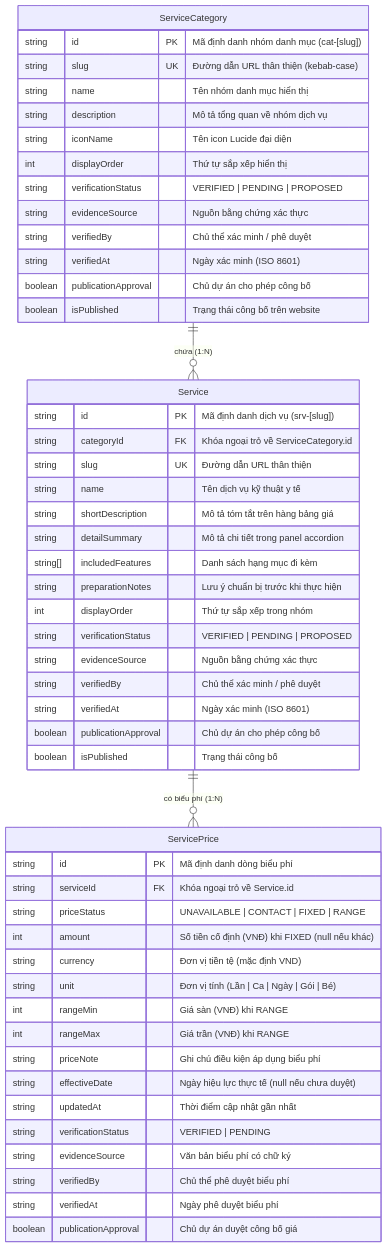
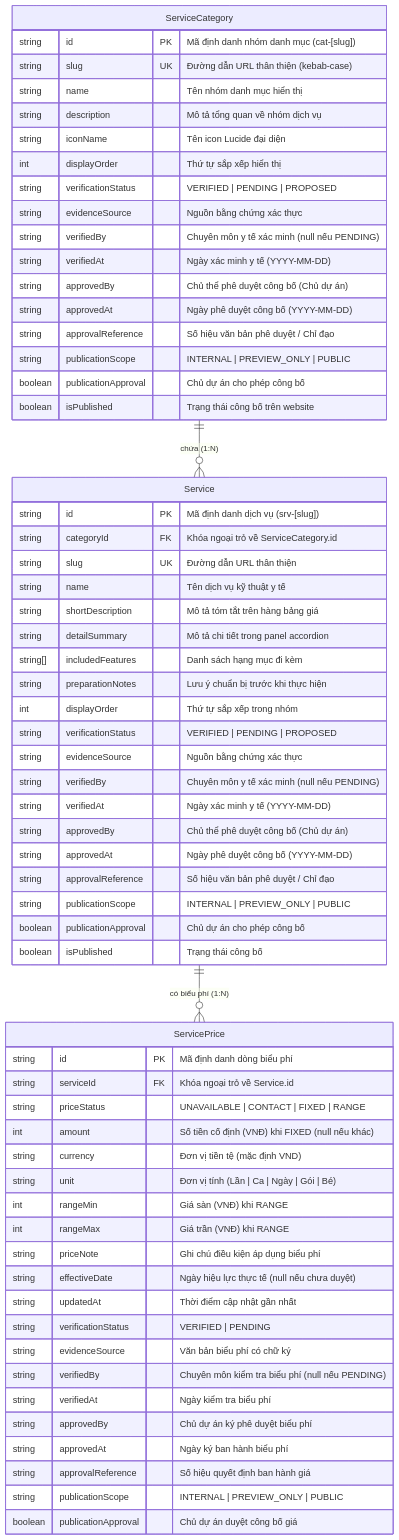
One commit to lqt140304-rgb/webchinhthuc changed the diagram in docs/phase-3b/3b-00-data-schema.md. Above: the diagram before and after it, drawn with Mermaid. The commit also changed other lines of this file and 6 other files, not shown here.

````diff
--- a/docs/phase-3b/3b-00-data-schema.md
+++ b/docs/phase-3b/3b-00-data-schema.md
@@ -18,57 +18,69 @@
 ```mermaid
 erDiagram
     ServiceCategory ||--o{ Service : "chứa (1:N)"
     Service ||--o{ ServicePrice : "có biểu phí (1:N)"
 
     ServiceCategory {
         string id PK "Mã định danh nhóm danh mục (cat-[slug])"
         string slug UK "Đường dẫn URL thân thiện (kebab-case)"
         string name "Tên nhóm danh mục hiển thị"
         string description "Mô tả tổng quan về nhóm dịch vụ"
         string iconName "Tên icon Lucide đại diện"
         int displayOrder "Thứ tự sắp xếp hiển thị"
         string verificationStatus "VERIFIED | PENDING | PROPOSED"
         string evidenceSource "Nguồn bằng chứng xác thực"
-        string verifiedBy "Chủ thể xác minh / phê duyệt"
-        string verifiedAt "Ngày xác minh (ISO 8601)"
+        string verifiedBy "Chuyên môn y tế xác minh (null nếu PENDING)"
+        string verifiedAt "Ngày xác minh y tế (YYYY-MM-DD)"
+        string approvedBy "Chủ thể phê duyệt công bố (Chủ dự án)"
+        string approvedAt "Ngày phê duyệt công bố (YYYY-MM-DD)"
+        string approvalReference "Số hiệu văn bản phê duyệt / Chỉ đạo"
+        string publicationScope "INTERNAL | PREVIEW_ONLY | PUBLIC"
         boolean publicationApproval "Chủ dự án cho phép công bố"
         boolean isPublished "Trạng thái công bố trên website"
     }
 
     Service {
         string id PK "Mã định danh dịch vụ (srv-[slug])"
         string categoryId FK "Khóa ngoại trỏ về ServiceCategory.id"
         string slug UK "Đường dẫn URL thân thiện"
         string name "Tên dịch vụ kỹ thuật y tế"
         string shortDescription "Mô tả tóm tắt trên hàng bảng giá"
         string detailSummary "Mô tả chi tiết trong panel accordion"
         string[] includedFeatures "Danh sách hạng mục đi kèm"
         string preparationNotes "Lưu ý chuẩn bị trước khi thực hiện"
         int displayOrder "Thứ tự sắp xếp trong nhóm"
         string verificationStatus "VERIFIED | PENDING | PROPOSED"
         string evidenceSource "Nguồn bằng chứng xác thực"
-        string verifiedBy "Chủ thể xác minh / phê duyệt"
-        string verifiedAt "Ngày xác minh (ISO 8601)"
+        string verifiedBy "Chuyên môn y tế xác minh (null nếu PENDING)"
+        string verifiedAt "Ngày xác minh y tế (YYYY-MM-DD)"
+        string approvedBy "Chủ thể phê duyệt công bố (Chủ dự án)"
+        string approvedAt "Ngày phê duyệt công bố (YYYY-MM-DD)"
+        string approvalReference "Số hiệu văn bản phê duyệt / Chỉ đạo"
+        string publicationScope "INTERNAL | PREVIEW_ONLY | PUBLIC"
         boolean publicationApproval "Chủ dự án cho phép công bố"
         boolean isPublished "Trạng thái công bố"
     }
 
     ServicePrice {
         string id PK "Mã định danh dòng biểu phí"
         string serviceId FK "Khóa ngoại trỏ về Service.id"
         string priceStatus "UNAVAILABLE | CONTACT | FIXED | RANGE"
         int amount "Số tiền cố định (VNĐ) khi FIXED (null nếu khác)"
         string currency "Đơn vị tiền tệ (mặc định VND)"
         string unit "Đơn vị tính (Lần | Ca | Ngày | Gói | Bé)"
         int rangeMin "Giá sàn (VNĐ) khi RANGE"
         int rangeMax "Giá trần (VNĐ) khi RANGE"
         string priceNote "Ghi chú điều kiện áp dụng biểu phí"
         string effectiveDate "Ngày hiệu lực thực tế (null nếu chưa duyệt)"
         string updatedAt "Thời điểm cập nhật gần nhất"
         string verificationStatus "VERIFIED | PENDING"
         string evidenceSource "Văn bản biểu phí có chữ ký"
-        string verifiedBy "Chủ thể phê duyệt biểu phí"
-        string verifiedAt "Ngày phê duyệt biểu phí"
+        string verifiedBy "Chuyên môn kiểm tra biểu phí (null nếu PENDING)"
+        string verifiedAt "Ngày kiểm tra biểu phí"
+        string approvedBy "Chủ dự án ký phê duyệt biểu phí"
+        string approvedAt "Ngày ký ban hành biểu phí"
+        string approvalReference "Số hiệu quyết định ban hành giá"
+        string publicationScope "INTERNAL | PREVIEW_ONLY | PUBLIC"
         boolean publicationApproval "Chủ dự án duyệt công bố giá"
     }
 ```
````
